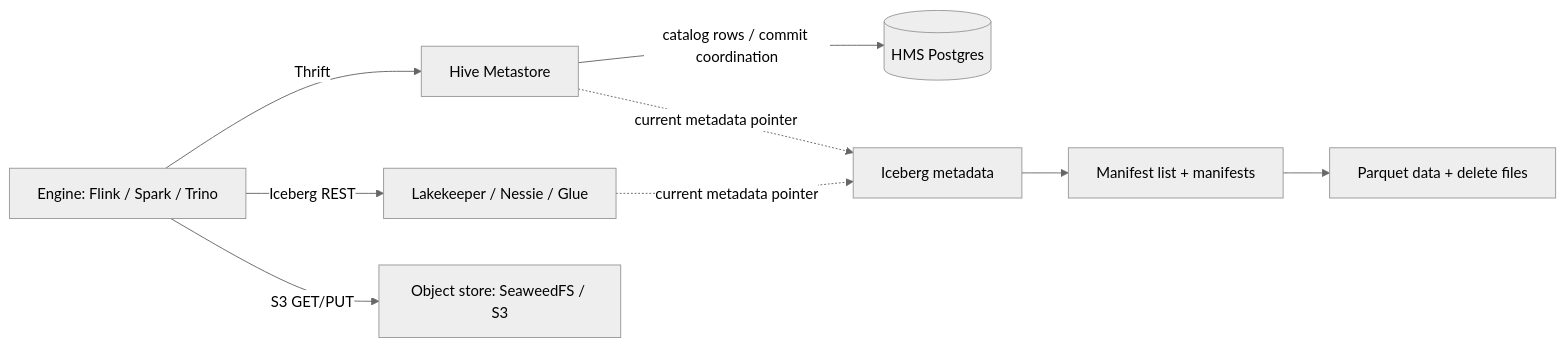
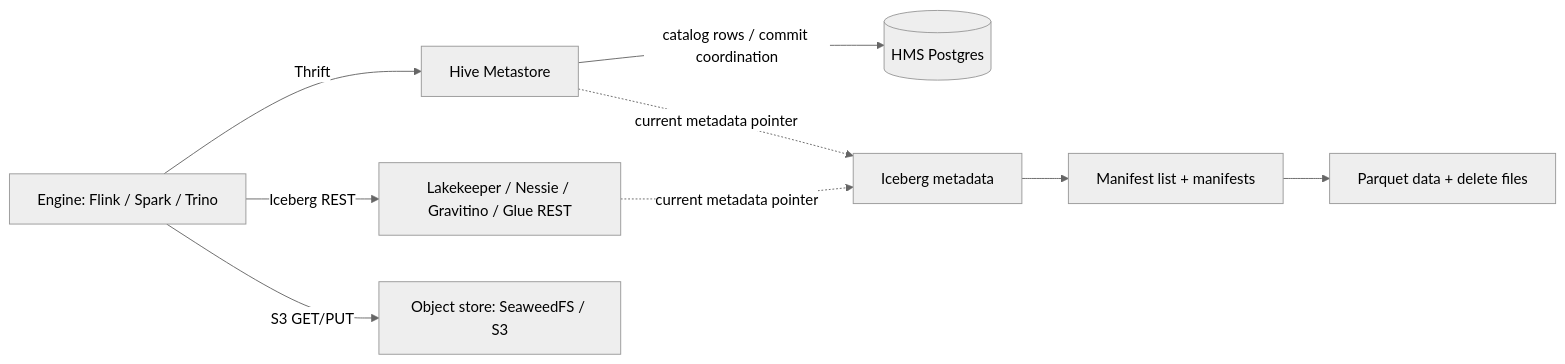
One commit to PaulKov/de-mentor changed the diagram in lessons/lesson-05/docs/README.md. Above: the diagram before and after it, drawn with Mermaid (neutral theme). The commit also changed other lines of this file and 35 other files, not shown here.

````diff
--- a/lessons/lesson-05/docs/README.md
+++ b/lessons/lesson-05/docs/README.md
@@ -37,11 +40,11 @@
 ```mermaid
 flowchart LR
   E[Engine: Flink / Spark / Trino] -->|Thrift| H[Hive Metastore]
   H -->|catalog rows / commit coordination| DB[(HMS Postgres)]
-  E -->|Iceberg REST| L[Lakekeeper / Nessie / Glue]
+  E -->|Iceberg REST| L[Lakekeeper / Nessie / Gravitino / Glue REST]
   H -.->|current metadata pointer| M[Iceberg metadata]
   L -.->|current metadata pointer| M
   E -->|S3 GET/PUT| O[Object store: SeaweedFS / S3]
   M --> MF[Manifest list + manifests]
   MF --> D[Parquet data + delete files]
 ```
````
